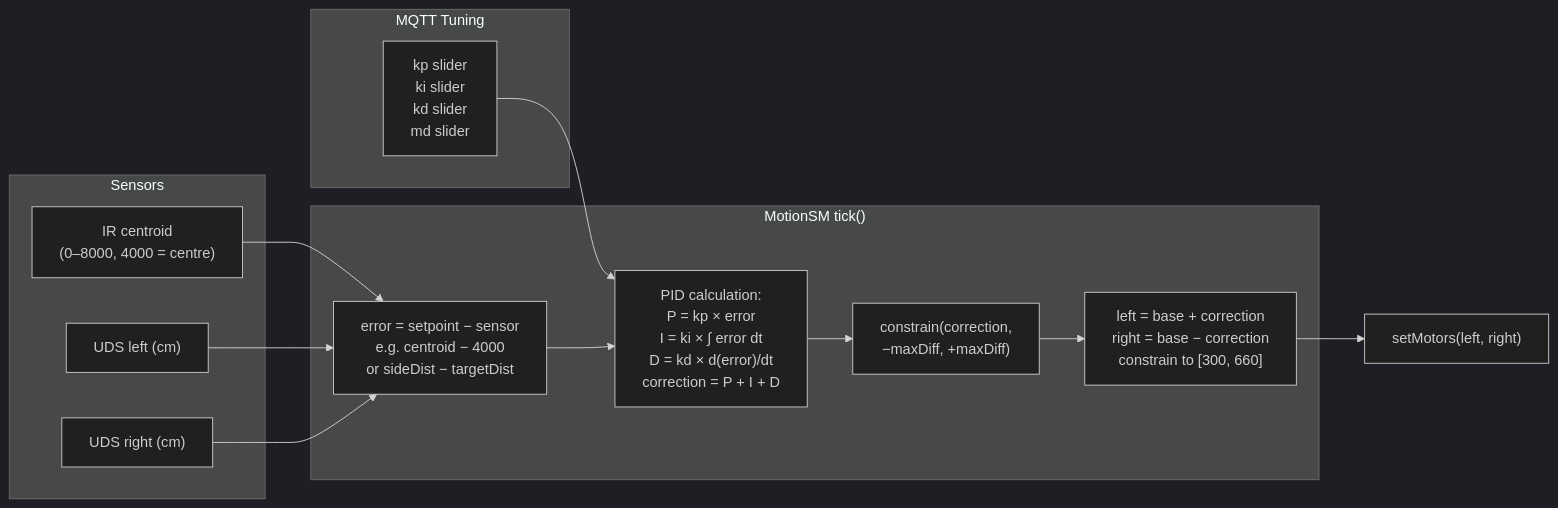
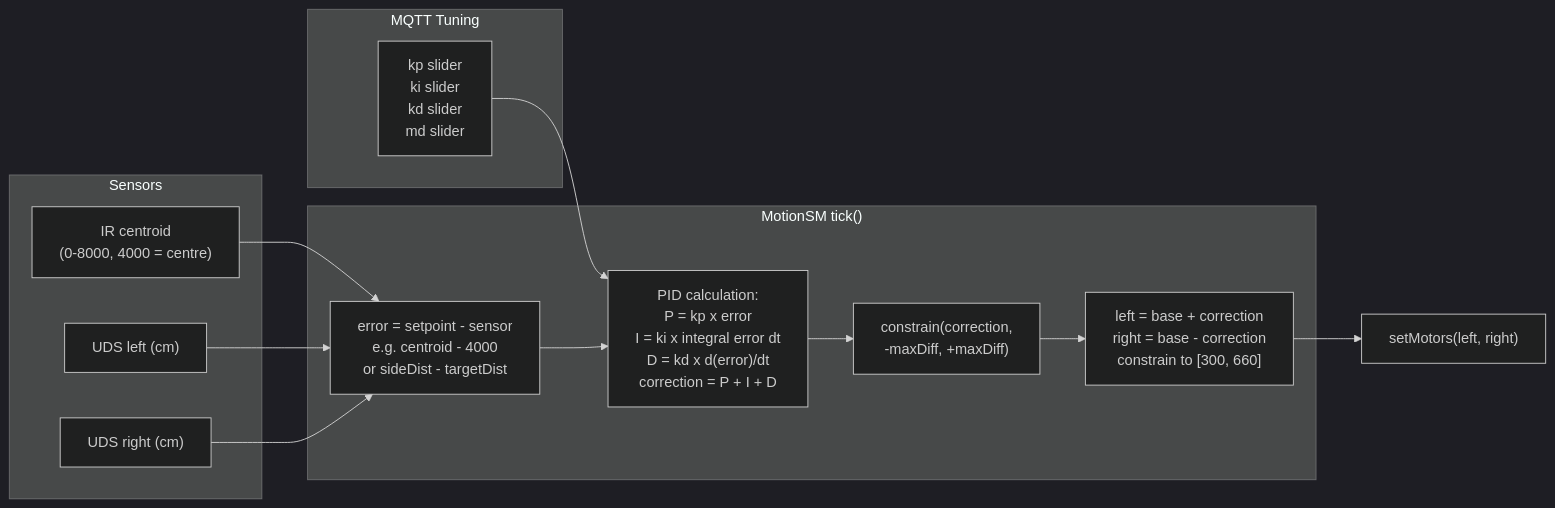
The ninth of 9 diagrams in README.md (rahrah456/Term-3-Martian-Robotics-Project), drawn with Mermaid (dark theme) before and after one commit. The commit also changed other lines of this file, not shown here.

````diff
--- a/README.md
+++ b/README.md
@@ -463,28 +462,28 @@
 ```mermaid
 flowchart LR
     subgraph "Sensors"
-        IR["IR centroid<br/>(0–8000, 4000 = centre)"]
+        IR["IR centroid<br/>(0-8000, 4000 = centre)"]
         UDS_L["UDS left (cm)"]
         UDS_R["UDS right (cm)"]
     end
 
     subgraph "MQTT Tuning"
         KP["kp slider<br/>ki slider<br/>kd slider<br/>md slider"]
     end
 
     subgraph "MotionSM tick()"
-        ERR["error = setpoint − sensor<br/>e.g. centroid − 4000<br/>or sideDist − targetDist"]
-        PID["PID calculation:<br/>P = kp × error<br/>I = ki × ∫ error dt<br/>D = kd × d(error)/dt<br/>correction = P + I + D"]
-        CLAMP["constrain(correction,<br/>−maxDiff, +maxDiff)"]
-        MOTOR["left = base + correction<br/>right = base − correction<br/>constrain to [300, 660]"]
+        ERR["error = setpoint - sensor<br/>e.g. centroid - 4000<br/>or sideDist - targetDist"]
+        PID["PID calculation:<br/>P = kp x error<br/>I = ki x integral error dt<br/>D = kd x d(error)/dt<br/>correction = P + I + D"]
+        CLAMP["constrain(correction,<br/>-maxDiff, +maxDiff)"]
+        MOTOR["left = base + correction<br/>right = base - correction<br/>constrain to [300, 660]"]
     end
 
     IR --> ERR
     UDS_L --> ERR
     UDS_R --> ERR
     KP --> PID
     ERR --> PID
     PID --> CLAMP
     CLAMP --> MOTOR
     MOTOR --> OUT["setMotors(left, right)"]
 ```
````
